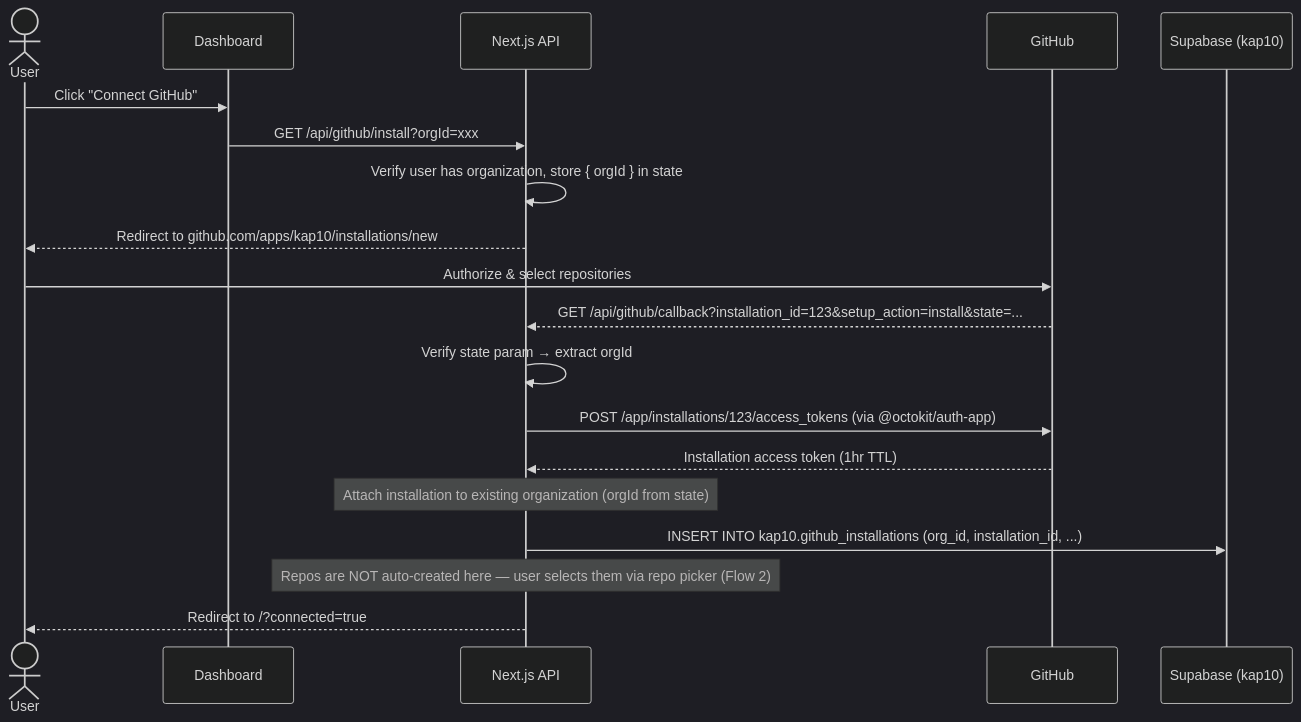
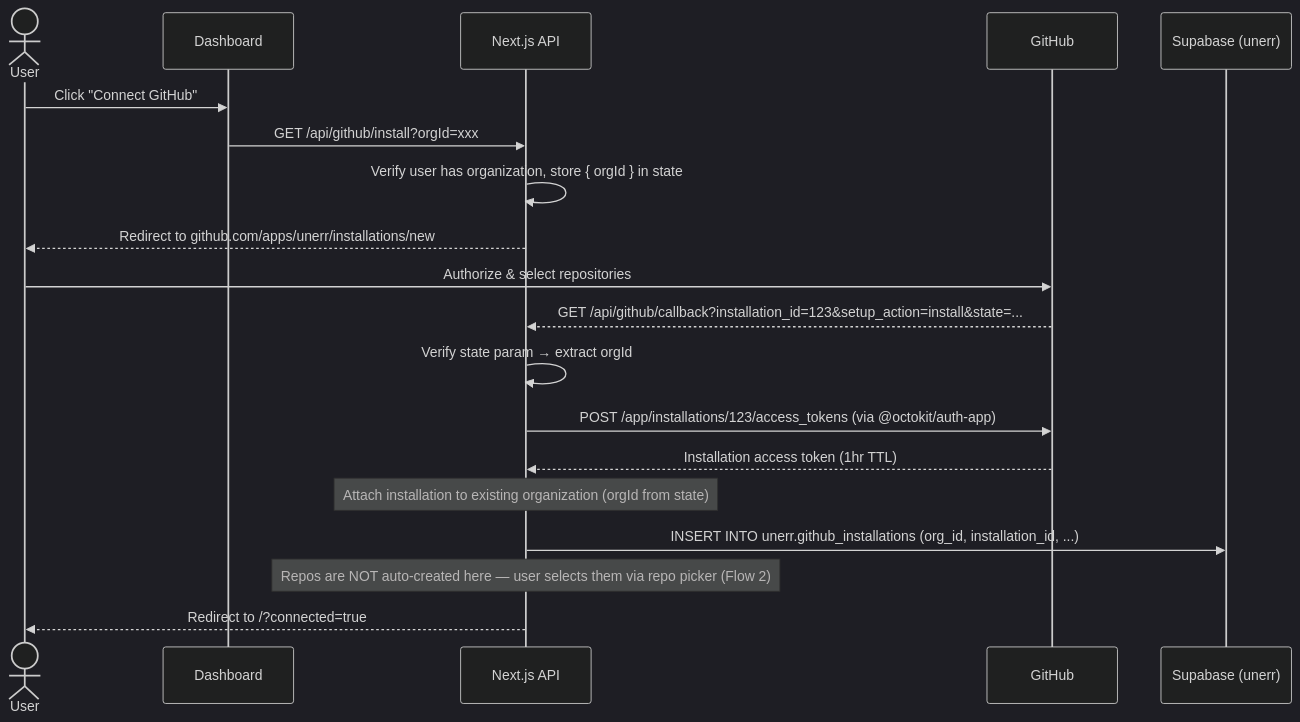
The first of 5 diagrams in docs/architecture/PHASE_1_GITHUB_CONNECT_AND_INDEXING.md (AutoRail-AI/kap10-server), drawn with Mermaid (dark theme) before and after one commit. The commit also changed other lines of this file and 157 other files, not shown here.

````diff
--- a/docs/architecture/PHASE_1_GITHUB_CONNECT_AND_INDEXING.md
+++ b/docs/architecture/PHASE_1_GITHUB_CONNECT_AND_INDEXING.md
@@ -93,22 +93,22 @@
 ```mermaid
 sequenceDiagram
     actor User
     participant Dashboard
     participant NextAPI as Next.js API
     participant GitHub
-    participant Supabase as Supabase (kap10)
+    participant Supabase as Supabase (unerr)
 
     User->>Dashboard: Click "Connect GitHub"
     Dashboard->>NextAPI: GET /api/github/install?orgId=xxx
     NextAPI->>NextAPI: Verify user has organization, store { orgId } in state
-    NextAPI-->>User: Redirect to github.com/apps/kap10/installations/new
+    NextAPI-->>User: Redirect to github.com/apps/unerr/installations/new
     User->>GitHub: Authorize & select repositories
     GitHub-->>NextAPI: GET /api/github/callback?installation_id=123&setup_action=install&state=...
     NextAPI->>NextAPI: Verify state param → extract orgId
     NextAPI->>GitHub: POST /app/installations/123/access_tokens (via @octokit/auth-app)
     GitHub-->>NextAPI: Installation access token (1hr TTL)
     Note over NextAPI: Attach installation to existing organization (orgId from state)
-    NextAPI->>Supabase: INSERT INTO kap10.github_installations (org_id, installation_id, ...)
+    NextAPI->>Supabase: INSERT INTO unerr.github_installations (org_id, installation_id, ...)
     Note over NextAPI: Repos are NOT auto-created here — user selects them via repo picker (Flow 2)
     NextAPI-->>User: Redirect to /?connected=true
 ```
````
